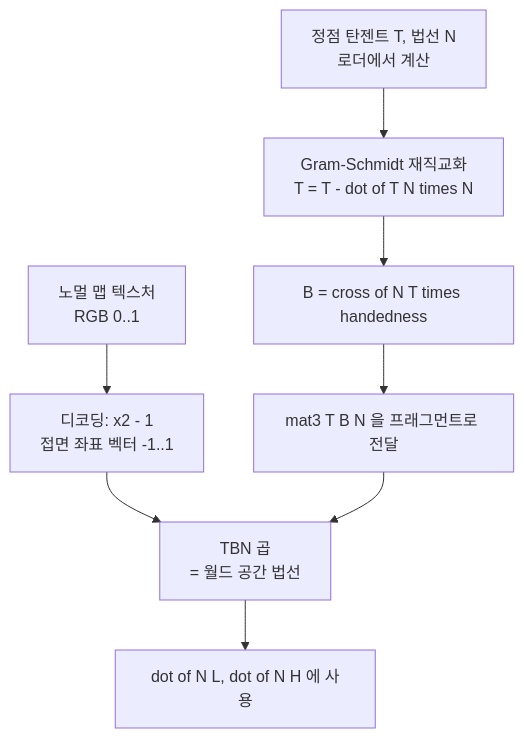
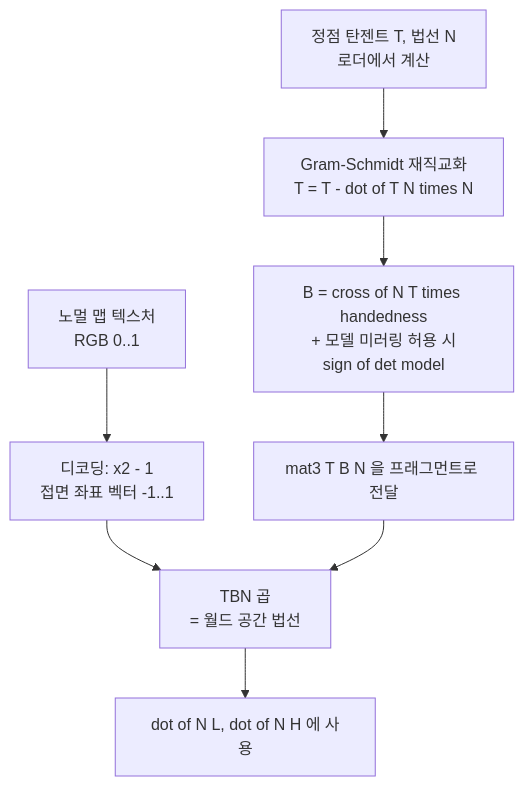
The first of 2 diagrams in graphics/stage1_gl_proj_03_lighting.md (Rein-ArXiv/game-dev-curriculum), drawn with Mermaid before and after one commit. The commit also changed other lines of this file and 279 other files, not shown here.

````diff
--- a/graphics/stage1_gl_proj_03_lighting.md
+++ b/graphics/stage1_gl_proj_03_lighting.md
@@ -535,10 +539,10 @@
 ```mermaid
 flowchart TB
     A[노멀 맵 텍스처<br/>RGB 0..1] --> B[디코딩: x2 - 1<br/>접면 좌표 벡터 -1..1]
     B --> C[TBN 곱<br/>= 월드 공간 법선]
     C --> D[dot of N L, dot of N H 에 사용]
     E[정점 탄젠트 T, 법선 N<br/>로더에서 계산] --> F[Gram-Schmidt 재직교화<br/>T = T - dot of T N times N]
-    F --> G[B = cross of N T times handedness]
+    F --> G[B = cross of N T times handedness<br/>+ 모델 미러링 허용 시<br/>sign of det model]
     G --> H[mat3 T B N 을 프래그먼트로 전달]
     H --> C
 ```
````
